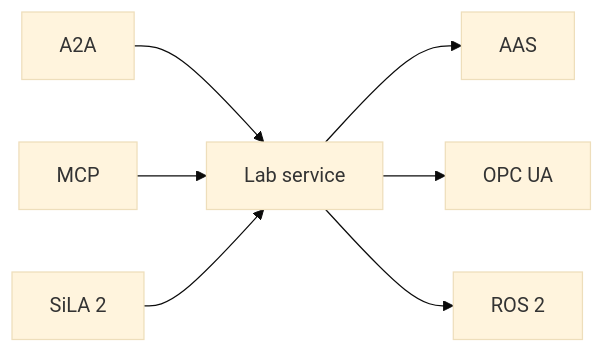
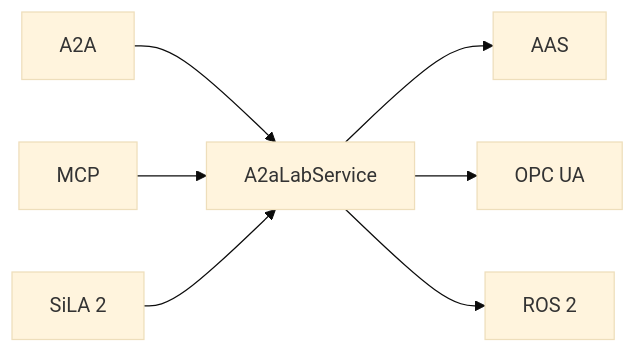
The diagram in README.md (A3Analytics/a2a-lab-dev-kit-rs), drawn with Mermaid (base theme) before and after one commit. The commit also changed other lines of this file and 24 other files, not shown here.

First line of the commit message:
Refactor documentation to standardize references to A2aLabService and remove outdated content

````diff
--- a/README.md
+++ b/README.md
@@ -21,11 +21,11 @@
 ```mermaid
 flowchart LR
   accTitle: A2A-LAB devkit
-  accDescr: A2A, MCP, and SiLA 2 call the lab service. The lab service uses AAS, OPC UA, and ROS 2.
-  a2a["A2A"] --> lab["Lab service"]
+  accDescr: A2A, MCP, and SiLA 2 call A2aLabService. A2aLabService uses AAS, OPC UA, and ROS 2.
+  a2a["A2A"] --> lab["A2aLabService"]
   mcp["MCP"] --> lab
   sila["SiLA 2"] --> lab
   lab --> aas["AAS"]
   lab --> opc["OPC UA"]
   lab --> ros["ROS 2"]
 ```
````
